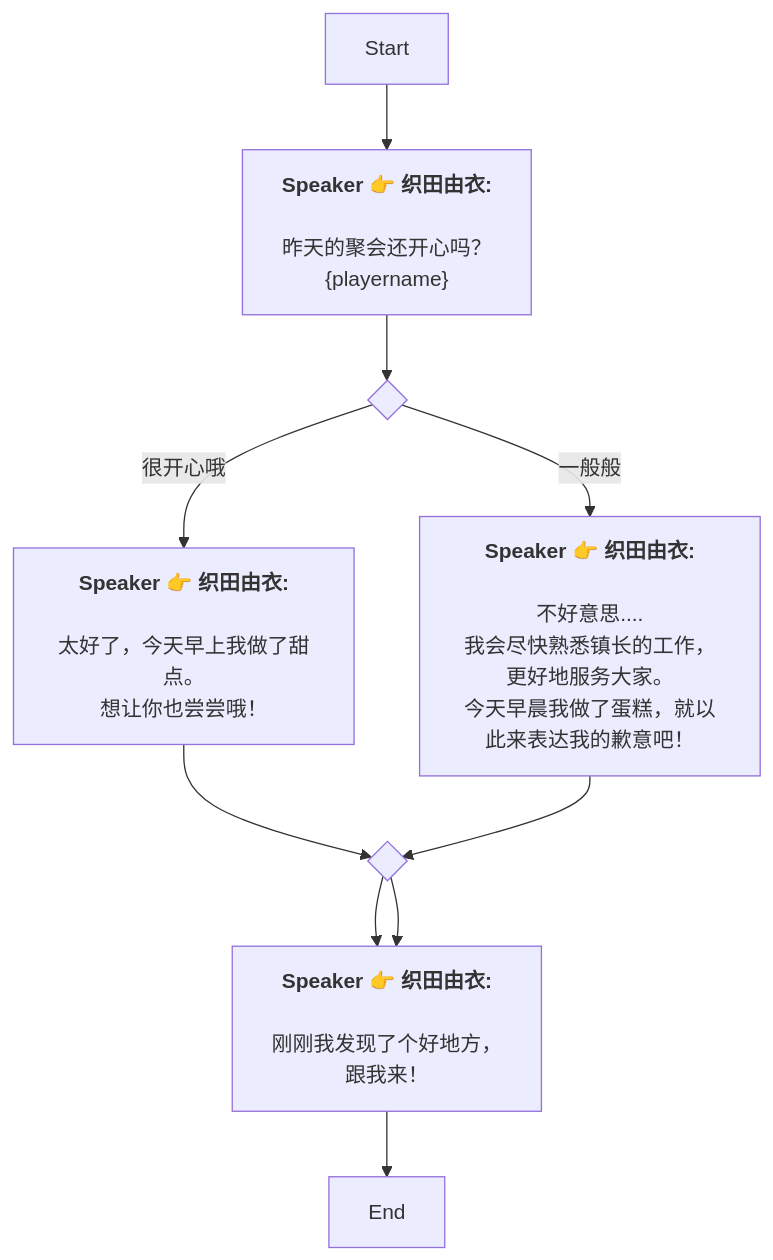
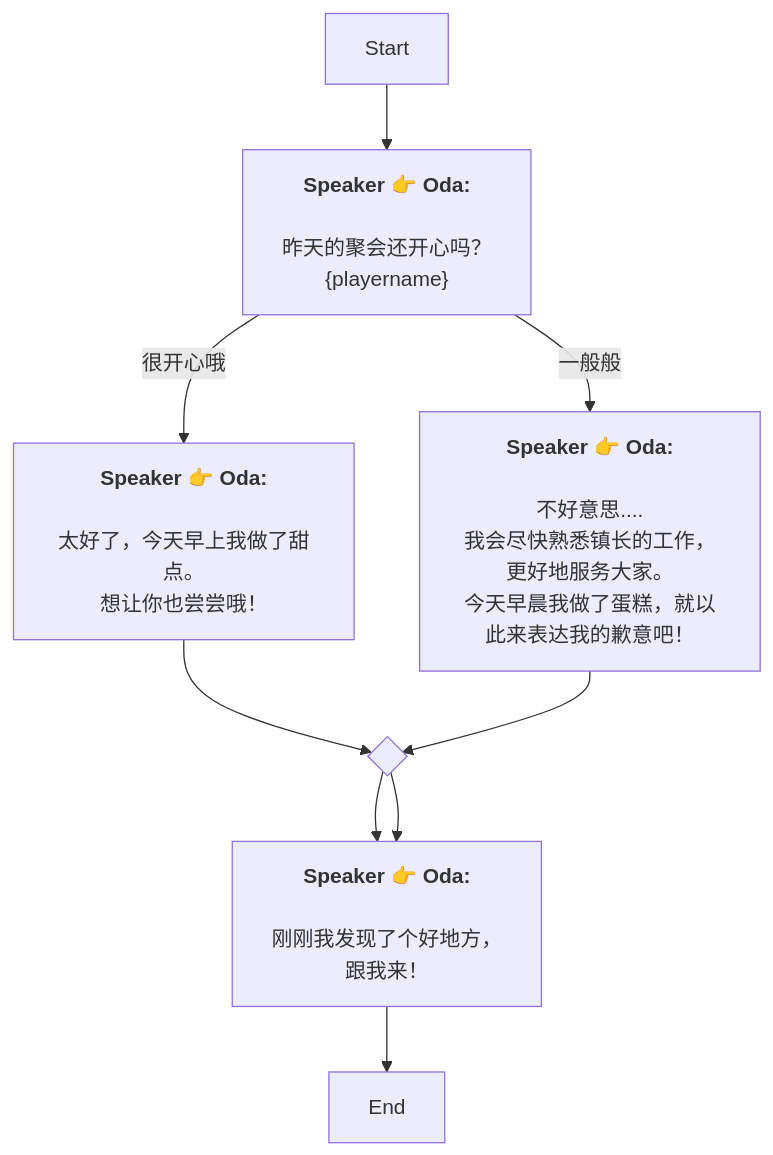
One commit to SoftHu/tos_avg changed the diagram in Zh/QuestStartTalkENode_1741365690796258.md. Above: the diagram before and after it, drawn with Mermaid. The commit also changed 737 other files, not shown here.

````diff
--- a/Zh/QuestStartTalkENode_1741365690796258.md
+++ b/Zh/QuestStartTalkENode_1741365690796258.md
@@ -1,30 +1,23 @@
 ```mermaid
 graph
-Start -->1741366051818734[<b>Speaker 👉 织田由衣:</b>
-
-昨天的聚会还开心吗？
+Start -->1741366051818734[<b>Speaker 👉 Oda:</b>
+\n昨天的聚会还开心吗？
 &lbrace;playername&rbrace;]
-1741366051818734 -->1741840746360291{ }
-1741840746360291 -->|很开心哦|1741840770440680[<b>Speaker 👉 织田由衣:</b>
-
-太好了，今天早上我做了甜点。
+1741366051818734 -->|很开心哦|1741840770440680[<b>Speaker 👉 Oda:</b>
+\n太好了，今天早上我做了甜点。
 想让你也尝尝哦！]
-1741840746360291 -->|一般般|1741840976551401[<b>Speaker 👉 织田由衣:</b>
-
-不好意思....
+1741366051818734 -->|一般般|1741840976551401[<b>Speaker 👉 Oda:</b>
+\n不好意思....
 我会尽快熟悉镇长的工作，
-更好地服务大家。
-今天早晨我做了蛋糕，就以此来表达我的歉意吧！]
+更好地服务大家。\n今天早晨我做了蛋糕，就以此来表达我的歉意吧！]
 1741840770440680 -->1741367875621124{ }
-1741367875621124 -->1741841330457066[<b>Speaker 👉 织田由衣:</b>
-
-刚刚我发现了个好地方，
+1741367875621124 -->1741841330457066[<b>Speaker 👉 Oda:</b>
+\n刚刚我发现了个好地方，
 跟我来！]
-1741367875621124 -->1741841330457066[<b>Speaker 👉 织田由衣:</b>
-
-刚刚我发现了个好地方，
+1741367875621124 -->1741841330457066[<b>Speaker 👉 Oda:</b>
+\n刚刚我发现了个好地方，
 跟我来！]
 1741841330457066 -->1741367947996422[End]
 1741840976551401 -->1741367875621124{ }
 
- ```
+```
````
